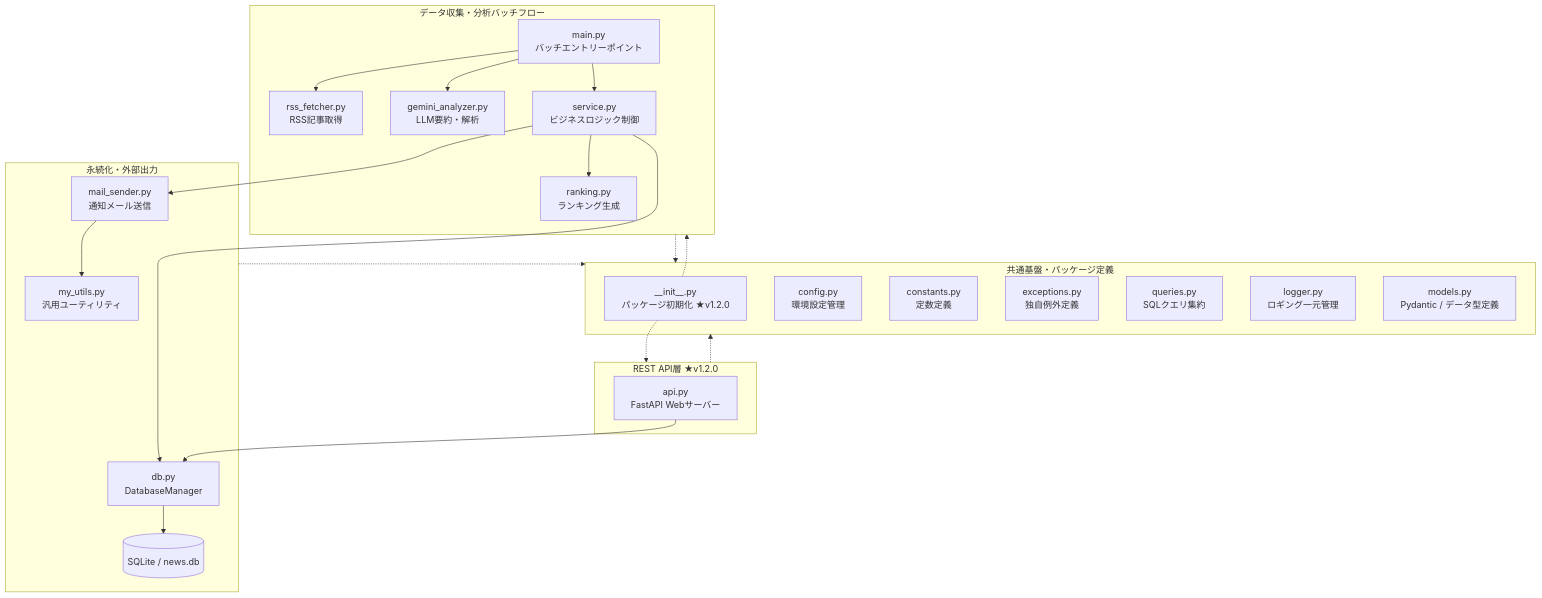
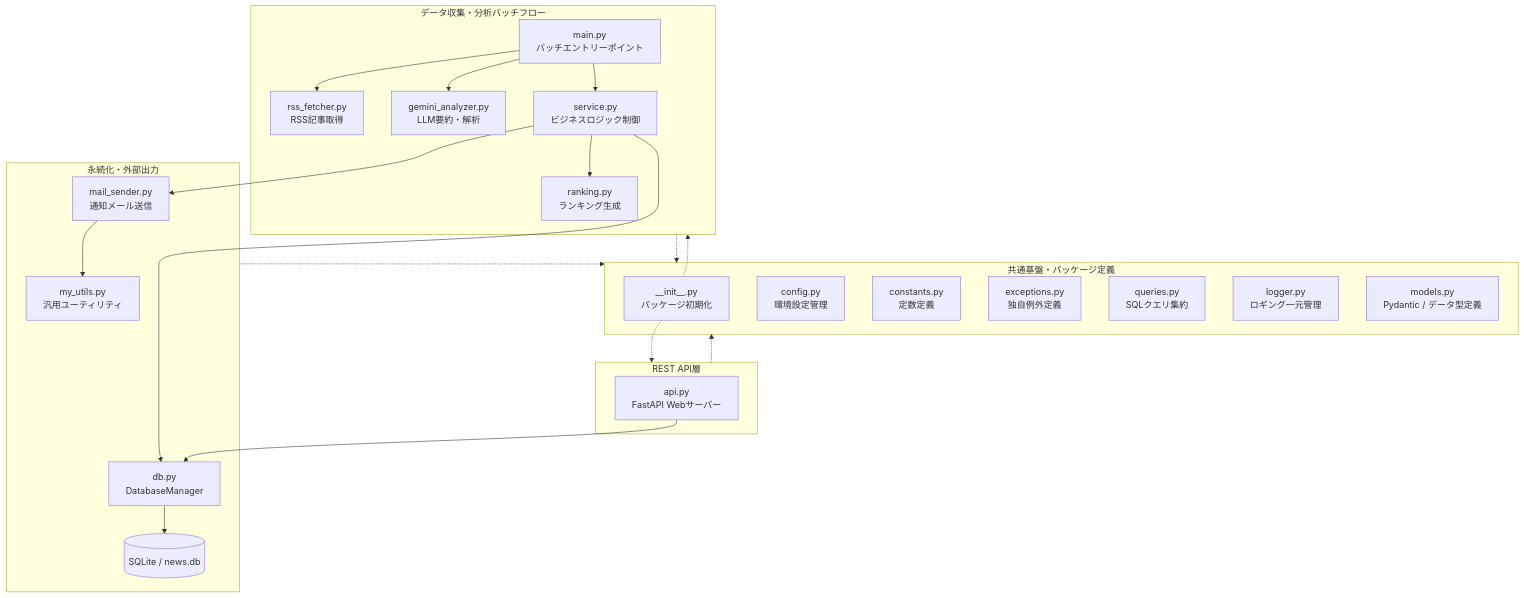
Before and after one commit to neucorino/itnews-autocollector: the second of 2 diagrams in README.md, drawn with Mermaid. The commit also changed other lines of this file and 2 other files, not shown here.

````diff
--- a/README.md
+++ b/README.md
@@ -222,55 +223,46 @@
 ```mermaid
 flowchart TD
     subgraph Core [データ収集・分析バッチフロー]
         Main[main.py<br/>バッチエントリーポイント]
         RSS[rss_fetcher.py<br/>RSS記事取得]
         AI[gemini_analyzer.py<br/>LLM要約・解析]
         Rank[ranking.py<br/>ランキング生成]
         Service[service.py<br/>ビジネスロジック制御]
     end
 
-    subgraph API [REST API層 ★v1.2.0]
+    subgraph API [REST API層]
         FastAPI[api.py<br/>FastAPI Webサーバー]
     end
 
     subgraph Output [永続化・外部出力]
         Mail[mail_sender.py<br/>通知メール送信]
         Utils[my_utils.py<br/>汎用ユーティリティ]
         DB[db.py<br/>DatabaseManager]
         SQLite[(SQLite / news.db)]
     end
 
     subgraph Infra [共通基盤・パッケージ定義]
-        Init[__init__.py<br/>パッケージ初期化 ★v1.2.0]
+        Init["__init__.py<br/>パッケージ初期化"]
         Config[config.py<br/>環境設定管理]
         Const[constants.py<br/>定数定義]
         Exc[exceptions.py<br/>独自例外定義]
         Queries[queries.py<br/>SQLクエリ集約]
         Logger[logger.py<br/>ロギング一元管理]
         Models[models.py<br/>Pydantic / データ型定義]
     end
 
-    %% バッチフローの依存関係
     Main --> RSS
     Main --> AI
     Main --> Service
     Service --> Rank
-
-    %% 永続化・出力への依存関係
     Service --> DB
     Service --> Mail
     Mail --> Utils
-    
-    %% API層からの永続化への依存関係
     FastAPI --> DB
     DB --> SQLite
-
-    %% 共通基盤（Infra）への依存関係（パッケージ全体がインポート）
     Core -.-> Infra
     API -.-> Infra
     Output -.-> Infra
-    
-    %% __init__.pyのシステム全体への構造的アノテーション
     Init -.-> Core
     Init -.-> API
 ```
````
